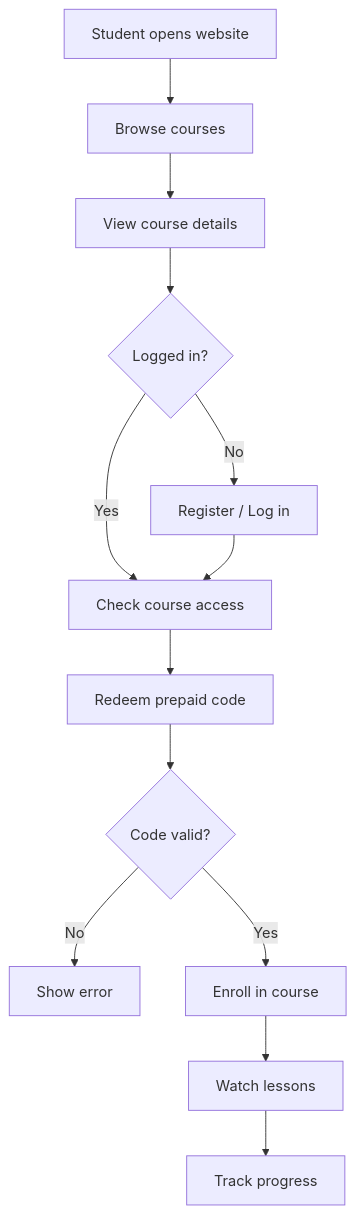
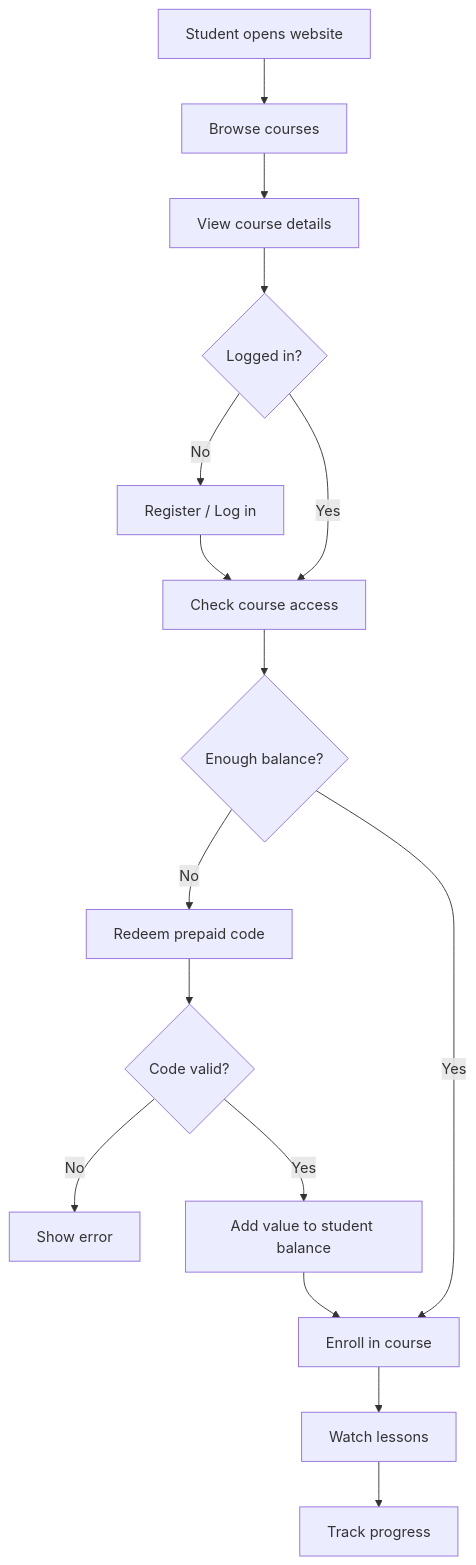
Before and after one commit to AntoniusAtefGhaly/elearning-po-system-design: the third of 5 diagrams in Elearning-Website-Documentation/07-basic-diagrams.md, drawn with Mermaid. The commit also changed other lines of this file and 6 other files, not shown here.

````diff
--- a/Elearning-Website-Documentation/07-basic-diagrams.md
+++ b/Elearning-Website-Documentation/07-basic-diagrams.md
@@ -61,15 +61,18 @@
 ```mermaid
 flowchart TD
     Start["Student opens website"] --> Browse["Browse courses"]
     Browse --> Details["View course details"]
     Details --> Login{"Logged in?"}
     Login -- No --> Register["Register / Log in"]
     Login -- Yes --> PayCheck["Check course access"]
     Register --> PayCheck
-    PayCheck --> Code["Redeem prepaid code"]
+    PayCheck --> Balance{"Enough balance?"}
+    Balance -- No --> Code["Redeem prepaid code"]
+    Balance -- Yes --> Enroll["Enroll in course"]
     Code --> Valid{"Code valid?"}
     Valid -- No --> Error["Show error"]
-    Valid -- Yes --> Enroll["Enroll in course"]
+    Valid -- Yes --> AddBalance["Add value to student balance"]
+    AddBalance --> Enroll
     Enroll --> Watch["Watch lessons"]
     Watch --> Track["Track progress"]
 ```
````
